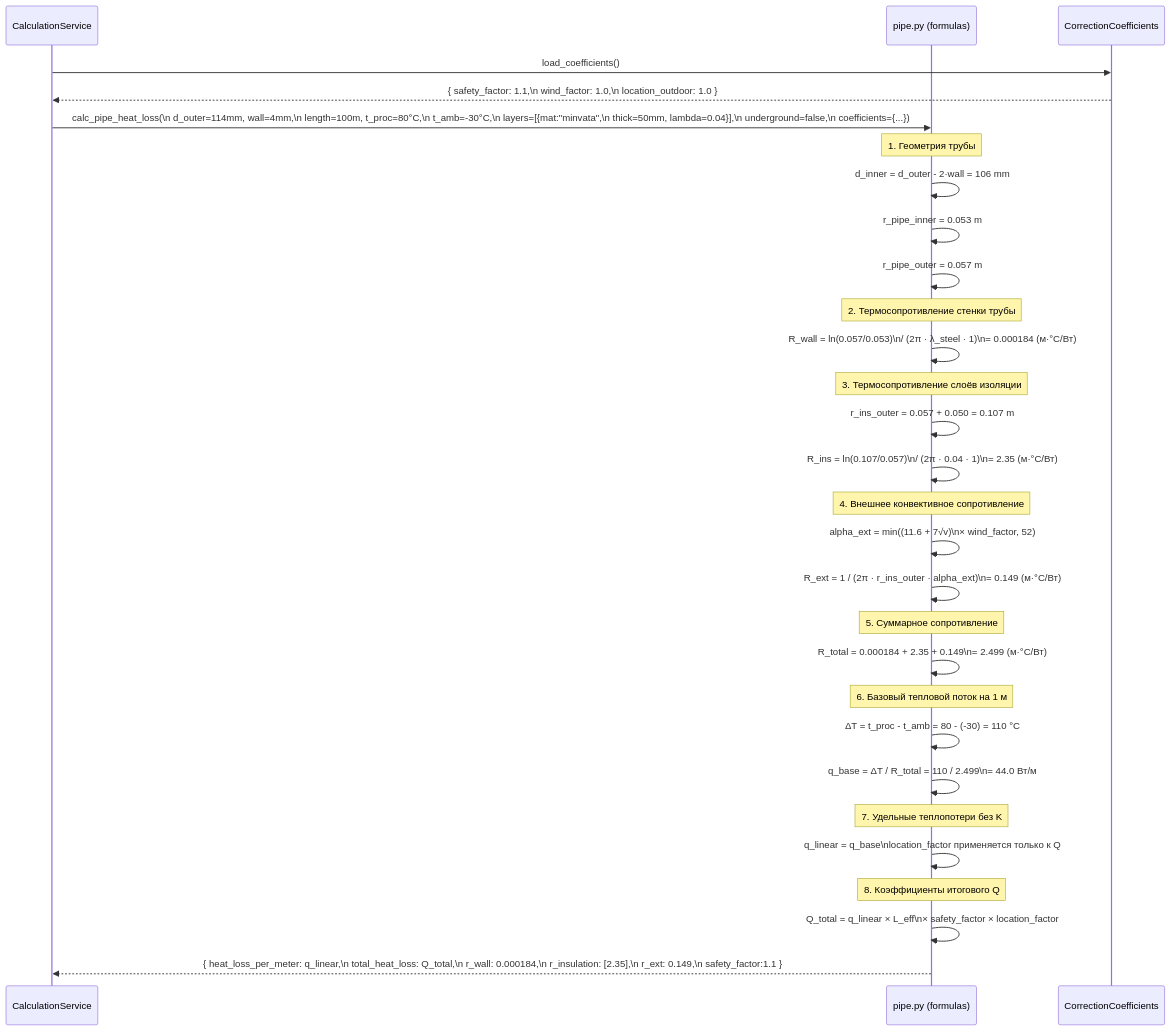
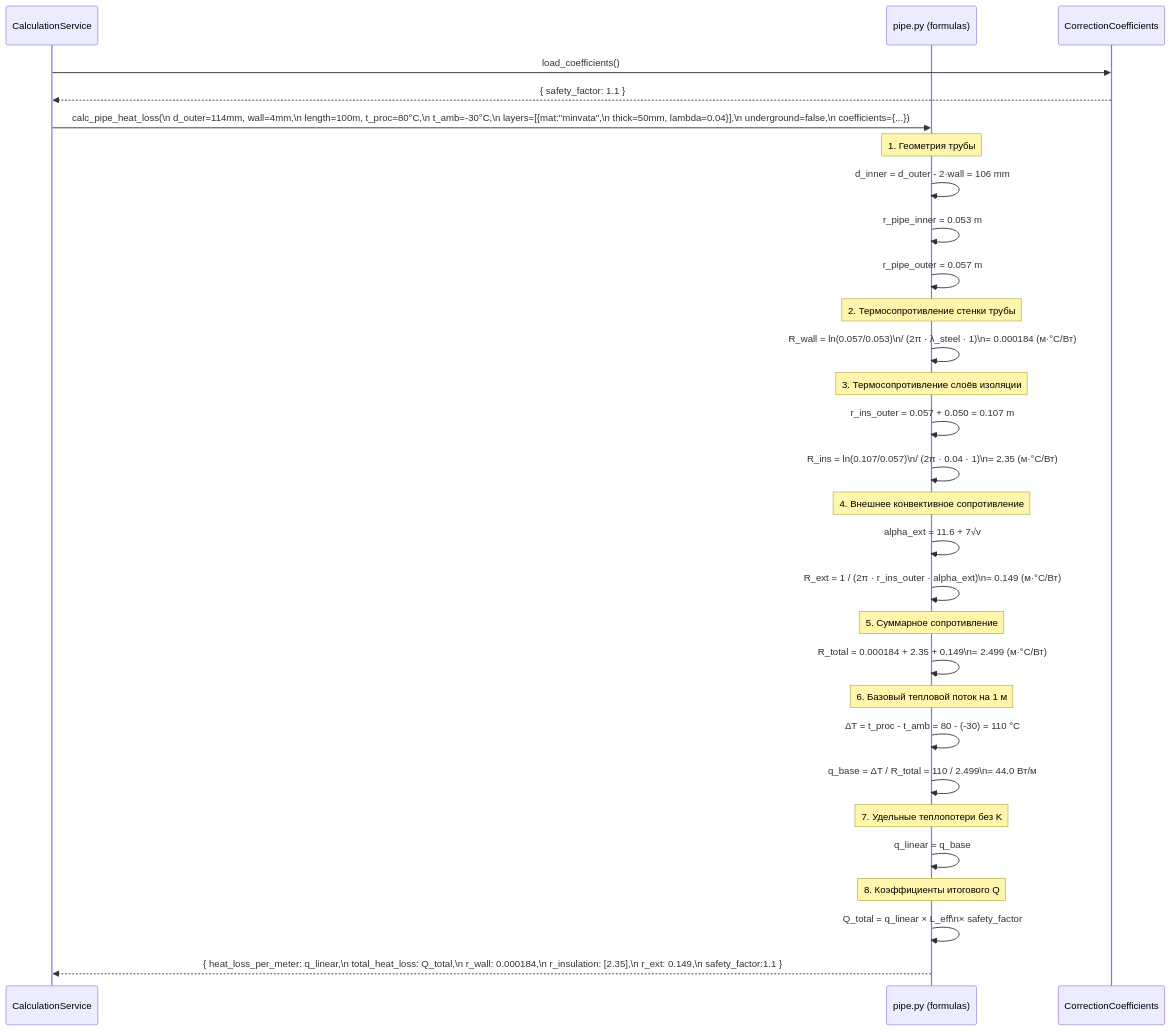
One commit to malafdmitry0-crypto/TLT changed the second of 7 diagrams in docs/analysis/diagrams-flows.md. Above: the diagram before and after it, drawn with Mermaid. The commit also changed other lines of this file and 431 other files, not shown here.

````diff
--- a/docs/analysis/diagrams-flows.md
+++ b/docs/analysis/diagrams-flows.md
@@ -81,42 +81,42 @@
 ```mermaid
 sequenceDiagram
     participant API as CalculationService
     participant Form as pipe.py (formulas)
     participant Coef as CorrectionCoefficients
 
     API->>Coef: load_coefficients()
-    Coef-->>API: { safety_factor: 1.1,\n  wind_factor: 1.0,\n  location_outdoor: 1.0 }
+    Coef-->>API: { safety_factor: 1.1 }
 
     API->>Form: calc_pipe_heat_loss(\n  d_outer=114mm, wall=4mm,\n  length=100m, t_proc=80°C,\n  t_amb=-30°C,\n  layers=[{mat:"minvata",\n    thick=50mm, lambda=0.04}],\n  underground=false,\n  coefficients={...})
 
     Note over Form: 1. Геометрия трубы
     Form->>Form: d_inner = d_outer - 2·wall = 106 mm
     Form->>Form: r_pipe_inner = 0.053 m
     Form->>Form: r_pipe_outer = 0.057 m
 
     Note over Form: 2. Термосопротивление стенки трубы
     Form->>Form: R_wall = ln(0.057/0.053)\n/ (2π · λ_steel · 1)\n= 0.000184 (м·°C/Вт)
 
     Note over Form: 3. Термосопротивление слоёв изоляции
     Form->>Form: r_ins_outer = 0.057 + 0.050 = 0.107 m
     Form->>Form: R_ins = ln(0.107/0.057)\n/ (2π · 0.04 · 1)\n= 2.35 (м·°C/Вт)
 
     Note over Form: 4. Внешнее конвективное сопротивление
-    Form->>Form: alpha_ext = min((11.6 + 7√v)\n× wind_factor, 52)
+    Form->>Form: alpha_ext = 11.6 + 7√v
     Form->>Form: R_ext = 1 / (2π · r_ins_outer · alpha_ext)\n= 0.149 (м·°C/Вт)
 
     Note over Form: 5. Суммарное сопротивление
     Form->>Form: R_total = 0.000184 + 2.35 + 0.149\n= 2.499 (м·°C/Вт)
 
     Note over Form: 6. Базовый тепловой поток на 1 м
     Form->>Form: ΔT = t_proc - t_amb = 80 - (-30) = 110 °C
     Form->>Form: q_base = ΔT / R_total = 110 / 2.499\n= 44.0 Вт/м
 
     Note over Form: 7. Удельные теплопотери без K
-    Form->>Form: q_linear = q_base\nlocation_factor применяется только к Q
+    Form->>Form: q_linear = q_base
 
     Note over Form: 8. Коэффициенты итогового Q
-    Form->>Form: Q_total = q_linear × L_eff\n× safety_factor × location_factor
+    Form->>Form: Q_total = q_linear × L_eff\n× safety_factor
 
     Form-->>API: { heat_loss_per_meter: q_linear,\n  total_heat_loss: Q_total,\n  r_wall: 0.000184,\n  r_insulation: [2.35],\n  r_ext: 0.149,\n  safety_factor:1.1 }
 ```
````
